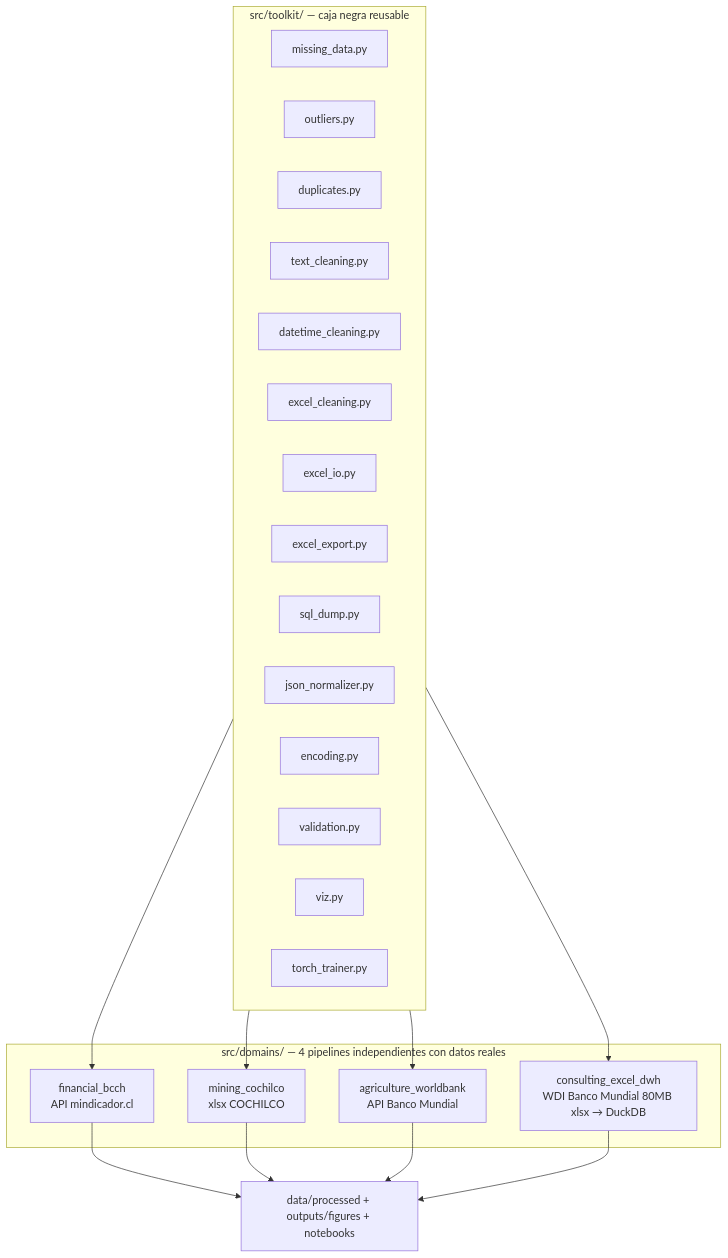
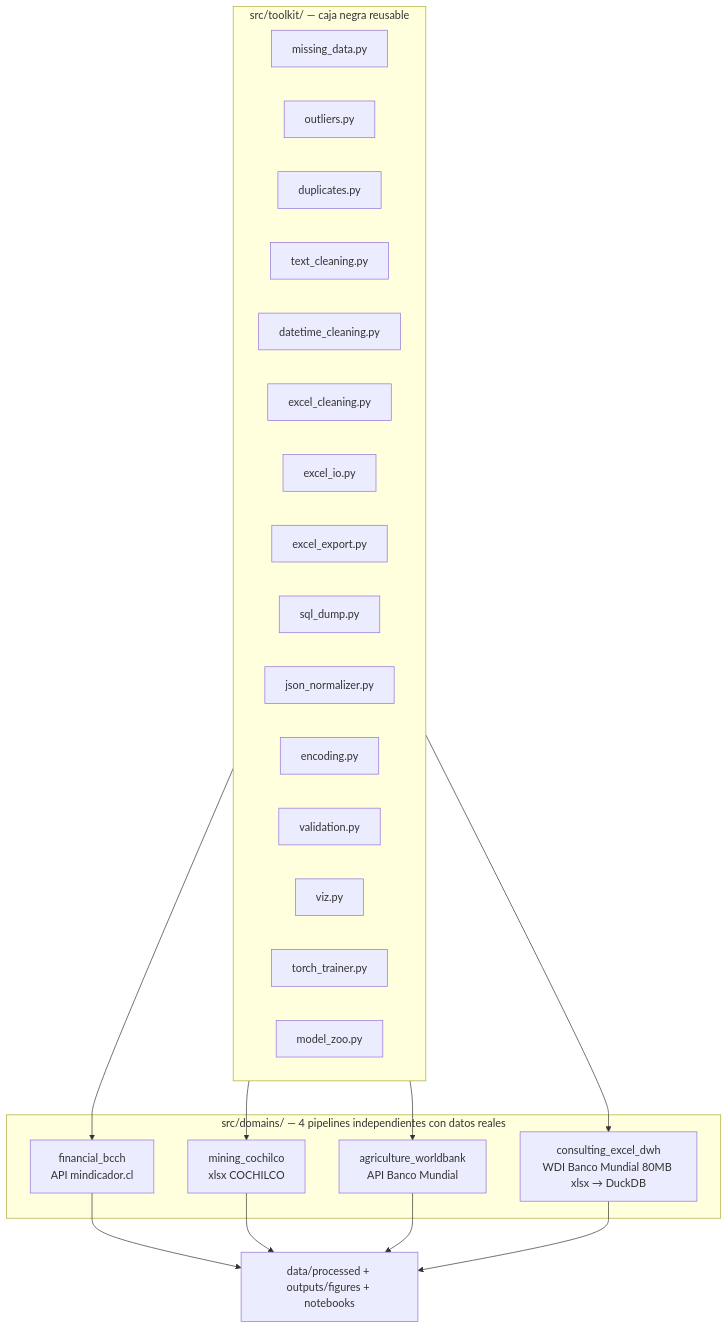
The diagram in README.es.md (Rxyxs/Limpieza_Datos), drawn with Mermaid before and after one commit. The commit also changed other lines of this file and 41 other files, not shown here.

````diff
--- a/README.es.md
+++ b/README.es.md
@@ -11,29 +11,30 @@
 ```mermaid
 flowchart TB
     subgraph toolkit["src/toolkit/ — caja negra reusable"]
         MD[missing_data.py]
         OUT[outliers.py]
         DUP[duplicates.py]
         TXT[text_cleaning.py]
         DT[datetime_cleaning.py]
         EXC[excel_cleaning.py]
         EIO[excel_io.py]
         EXP[excel_export.py]
         SQL[sql_dump.py]
         JSN[json_normalizer.py]
         ENC[encoding.py]
         VAL[validation.py]
         VIZ[viz.py]
         TRAIN[torch_trainer.py]
+        ZOO[model_zoo.py]
     end
 
     subgraph domains["src/domains/ — 4 pipelines independientes con datos reales"]
         FIN[financial_bcch<br/>API mindicador.cl]
         MIN[mining_cochilco<br/>xlsx COCHILCO]
         AGR[agriculture_worldbank<br/>API Banco Mundial]
         DWH[consulting_excel_dwh<br/>WDI Banco Mundial 80MB xlsx → DuckDB]
     end
 
     toolkit --> FIN & MIN & AGR & DWH
     FIN & MIN & AGR & DWH --> RESULTADOS[data/processed + outputs/figures + notebooks]
 ```
````
